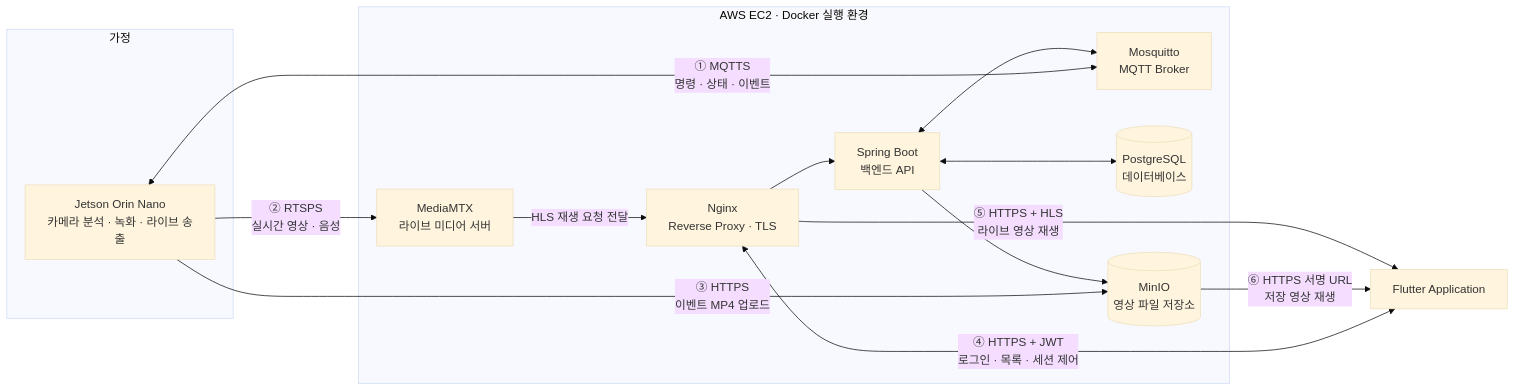
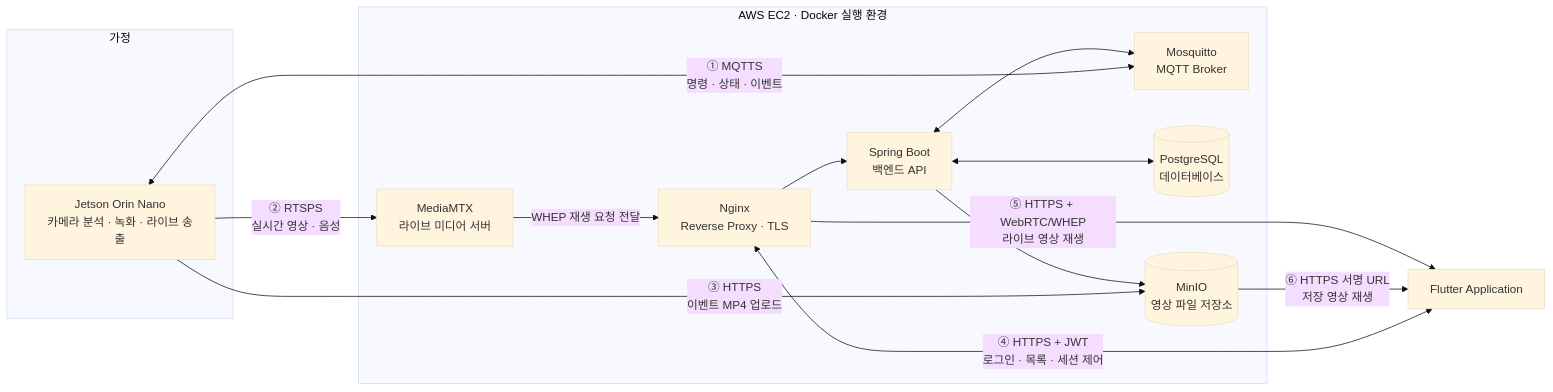
One commit to limbs-han/Bbanggeut changed the first of 3 diagrams in ai/시스템_아키텍쳐.md. Above: the diagram before and after it, drawn with Mermaid (base theme). The commit also changed other lines of this file and 5 other files, not shown here.

First line of the commit message:
refactor(device): switch Pi homecam dev sandbox to WebRTC only

````diff
--- a/ai/시스템_아키텍쳐.md
+++ b/ai/시스템_아키텍쳐.md
@@ -17,30 +17,30 @@
 ```mermaid
 flowchart LR
     subgraph HOME["가정"]
         J["Jetson Orin Nano<br/>카메라 분석 · 녹화 · 라이브 송출"]
     end
 
     subgraph EC2["AWS EC2 · Docker 실행 환경"]
         MQTT["Mosquitto<br/>MQTT Broker"]
         MEDIA["MediaMTX<br/>라이브 미디어 서버"]
         NGINX["Nginx<br/>Reverse Proxy · TLS"]
         SPRING["Spring Boot<br/>백엔드 API"]
         DB[("PostgreSQL<br/>데이터베이스")]
         STORE[("MinIO<br/>영상 파일 저장소")]
 
         NGINX --> SPRING
         SPRING <--> DB
         SPRING <--> MQTT
         SPRING --> STORE
-        MEDIA -->|"HLS 재생 요청 전달"| NGINX
+        MEDIA -->|"WHEP 재생 요청 전달"| NGINX
     end
 
     APP["Flutter Application"]
 
     J <-->|"① MQTTS<br/>명령 · 상태 · 이벤트"| MQTT
     J -->|"② RTSPS<br/>실시간 영상 · 음성"| MEDIA
     J -->|"③ HTTPS<br/>이벤트 MP4 업로드"| STORE
     APP <-->|"④ HTTPS + JWT<br/>로그인 · 목록 · 세션 제어"| NGINX
-    NGINX -->|"⑤ HTTPS + HLS<br/>라이브 영상 재생"| APP
+    NGINX -->|"⑤ HTTPS + WebRTC/WHEP<br/>라이브 영상 재생"| APP
     STORE -->|"⑥ HTTPS 서명 URL<br/>저장 영상 재생"| APP
 ```
````
